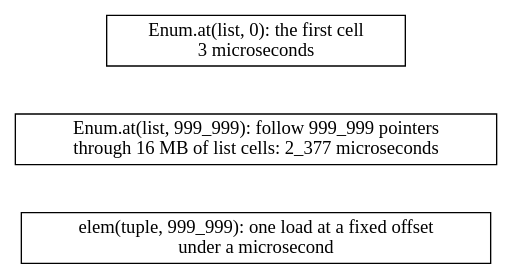
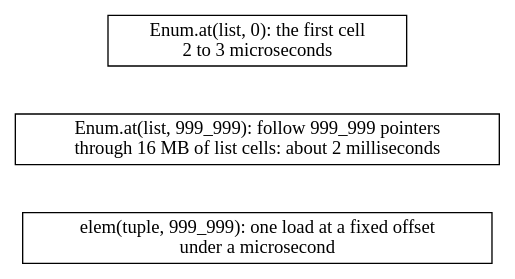
Before and after one commit to danceinthefake/visualixir: the diagram in docs/diagrams/enum-cheat/uth-at.dot, drawn with Graphviz. The commit also changed 37 other files, not shown here.

```diff
--- a/docs/diagrams/enum-cheat/uth-at.dot
+++ b/docs/diagrams/enum-cheat/uth-at.dot
@@ -1,8 +1,8 @@
 digraph at {
   node [shape=box]
-  l0 [label="Enum.at(list, 0): the first cell\n3 microseconds"]
-  l1 [label="Enum.at(list, 999_999): follow 999_999 pointers\nthrough 16 MB of list cells: 2_377 microseconds" class=hl]
+  l0 [label="Enum.at(list, 0): the first cell\n2 to 3 microseconds"]
+  l1 [label="Enum.at(list, 999_999): follow 999_999 pointers\nthrough 16 MB of list cells: about 2 milliseconds" class=hl]
   t [label="elem(tuple, 999_999): one load at a fixed offset\nunder a microsecond" class=dim]
   l0 -> l1 [style=invis]
   l1 -> t [style=invis]
 }
```
